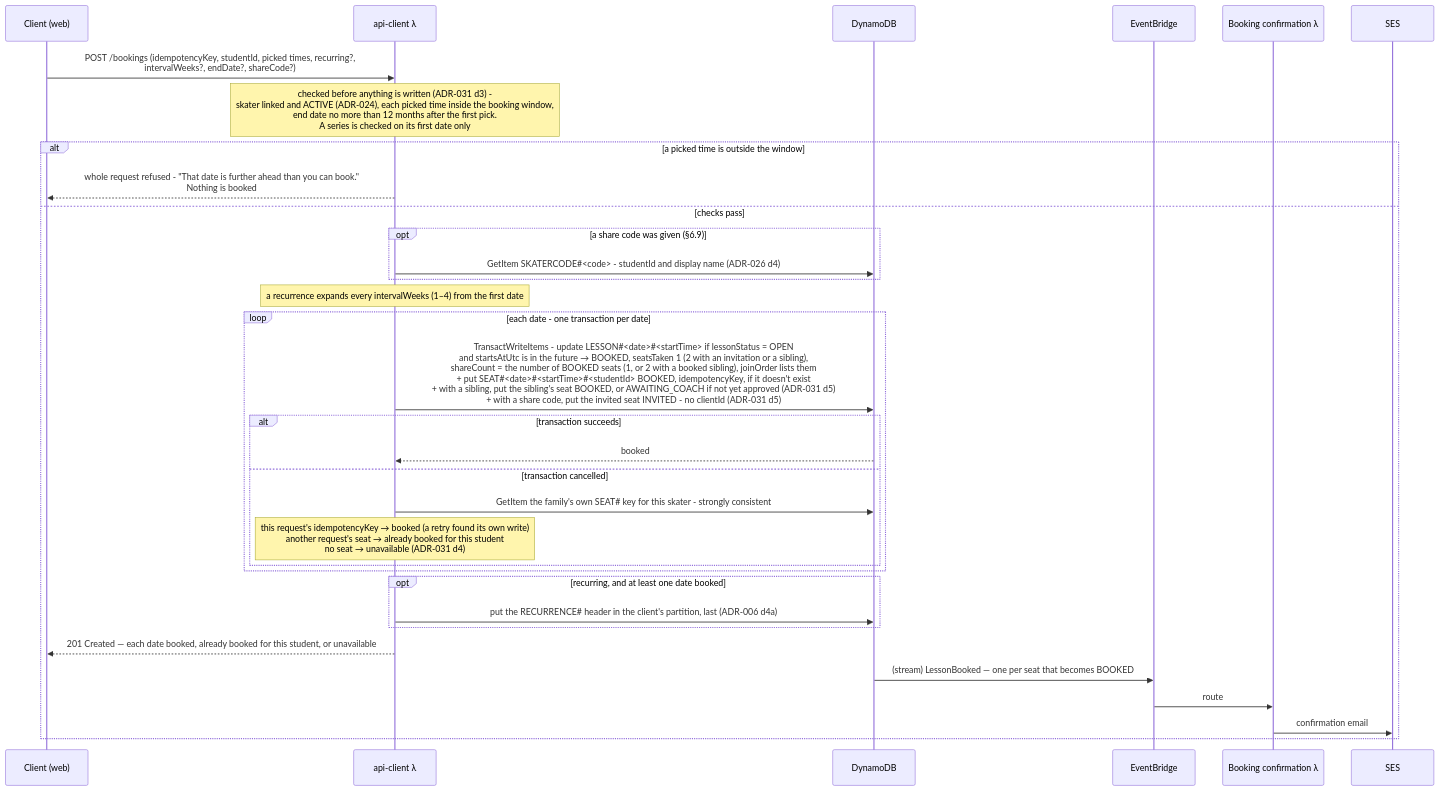
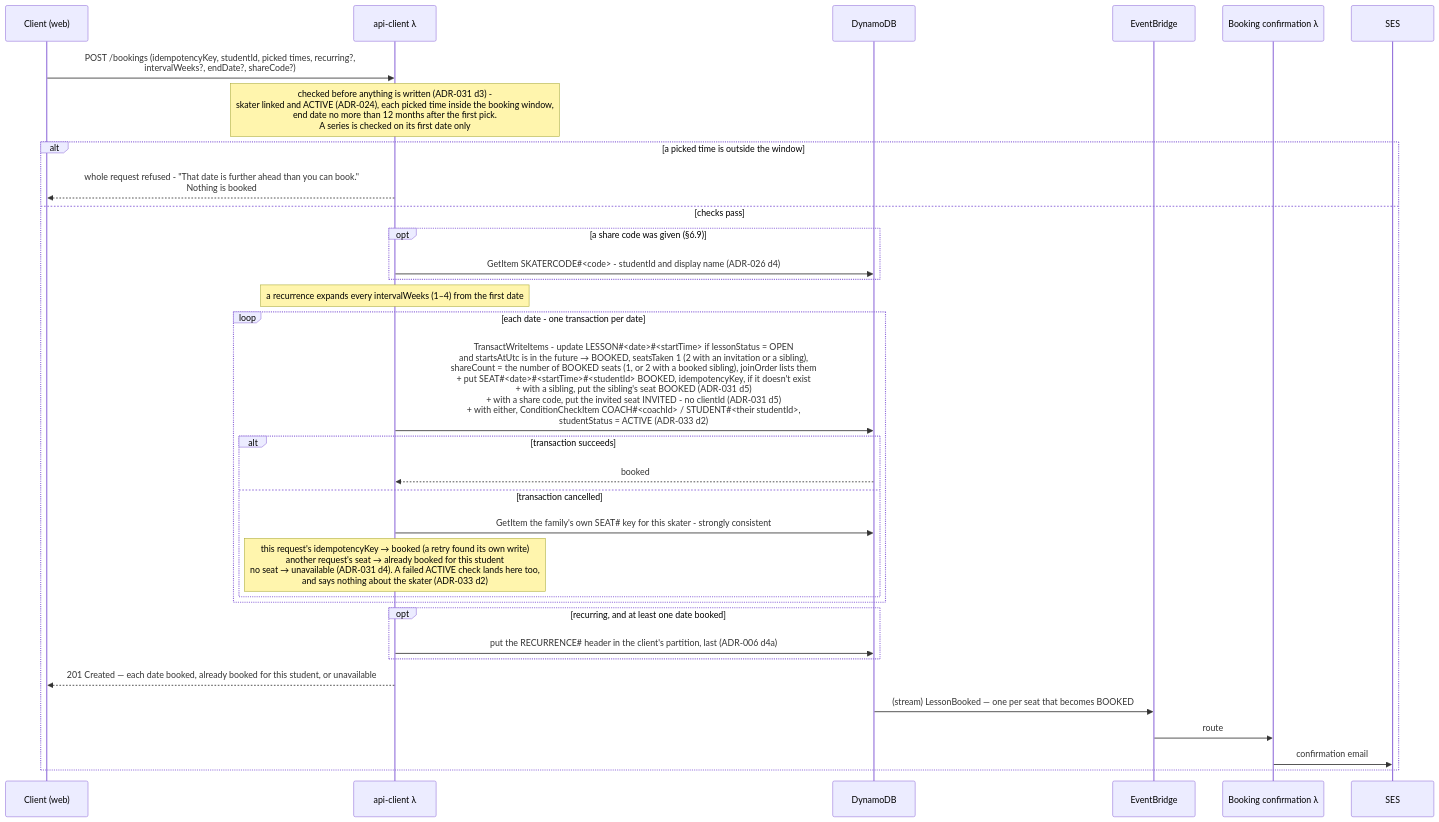
The ninth of 29 diagrams in docs/architecture.md (jessicamvega6/bladebook), drawn with Mermaid before and after one commit. The commit also changed other lines of this file and 32 other files, not shown here.

First line of the commit message:
Bring docs and diagrams in line with ADR-033 and today's decisions

````diff
--- a/docs/architecture.md
+++ b/docs/architecture.md
@@ -782,35 +780,35 @@
 ```mermaid
 sequenceDiagram
     participant P as Client (web)
     participant API as api-client λ
     participant DB as DynamoDB
     participant Bus as EventBridge
     participant Cf as Booking confirmation λ
     participant SES as SES
     P->>API: POST /bookings (idempotencyKey, studentId, picked times, recurring?,<br/>intervalWeeks?, endDate?, shareCode?)
     Note over API: checked before anything is written (ADR-031 d3) -<br/>skater linked and ACTIVE (ADR-024), each picked time inside the booking window,<br/>end date no more than 12 months after the first pick.<br/>A series is checked on its first date only
     alt a picked time is outside the window
         API-->>P: whole request refused - "That date is further ahead than you can book."<br/>Nothing is booked
     else checks pass
         opt a share code was given (§6.9)
             API->>DB: GetItem SKATERCODE#35;<code> - studentId and display name (ADR-026 d4)
         end
         Note over API: a recurrence expands every intervalWeeks (1–4) from the first date
         loop each date - one transaction per date
-            API->>DB: TransactWriteItems - update LESSON#35;<date>#35;<startTime> if lessonStatus = OPEN<br/>and startsAtUtc is in the future → BOOKED, seatsTaken 1 (2 with an invitation or a sibling),<br/>shareCount = the number of BOOKED seats (1, or 2 with a booked sibling), joinOrder lists them<br/>+ put SEAT#35;<date>#35;<startTime>#35;<studentId> BOOKED, idempotencyKey, if it doesn't exist<br/>+ with a sibling, put the sibling's seat BOOKED, or AWAITING_COACH if not yet approved (ADR-031 d5)<br/>+ with a share code, put the invited seat INVITED - no clientId (ADR-031 d5)
+            API->>DB: TransactWriteItems - update LESSON#35;<date>#35;<startTime> if lessonStatus = OPEN<br/>and startsAtUtc is in the future → BOOKED, seatsTaken 1 (2 with an invitation or a sibling),<br/>shareCount = the number of BOOKED seats (1, or 2 with a booked sibling), joinOrder lists them<br/>+ put SEAT#35;<date>#35;<startTime>#35;<studentId> BOOKED, idempotencyKey, if it doesn't exist<br/>+ with a sibling, put the sibling's seat BOOKED (ADR-031 d5)<br/>+ with a share code, put the invited seat INVITED - no clientId (ADR-031 d5)<br/>+ with either, ConditionCheckItem COACH#35;<coachId> / STUDENT#35;<their studentId>,<br/>studentStatus = ACTIVE (ADR-033 d2)
             alt transaction succeeds
                 DB-->>API: booked
             else transaction cancelled
                 API->>DB: GetItem the family's own SEAT#35; key for this skater - strongly consistent
-                Note over API: this request's idempotencyKey → booked (a retry found its own write)<br/>another request's seat → already booked for this student<br/>no seat → unavailable (ADR-031 d4)
+                Note over API: this request's idempotencyKey → booked (a retry found its own write)<br/>another request's seat → already booked for this student<br/>no seat → unavailable (ADR-031 d4). A failed ACTIVE check lands here too,<br/>and says nothing about the skater (ADR-033 d2)
             end
         end
         opt recurring, and at least one date booked
             API->>DB: put the RECURRENCE#35; header in the client's partition, last (ADR-006 d4a)
         end
         API-->>P: 201 Created — each date booked, already booked for this student, or unavailable
         DB->>Bus: (stream) LessonBooked — one per seat that becomes BOOKED
         Bus->>Cf: route
         Cf->>SES: confirmation email
     end
 ```
````
